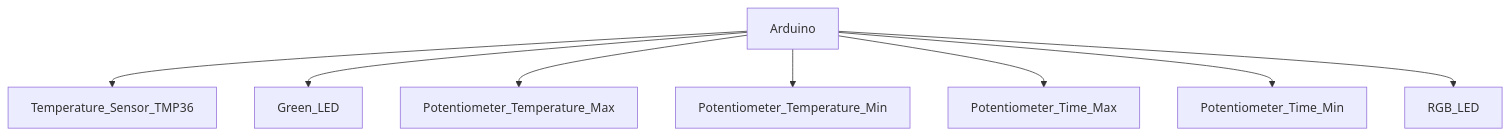
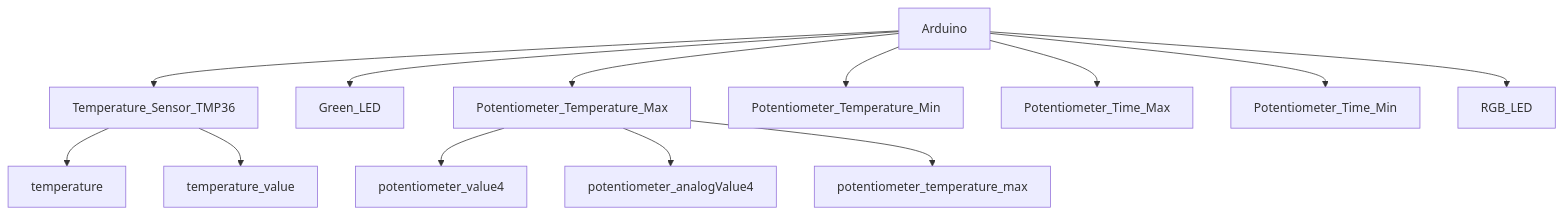
One commit to arduino-core/Outdoor-Relay-Control changed the second of 2 diagrams in README.md. Above: the diagram before and after it, drawn with Mermaid.

````diff
--- a/README.md
+++ b/README.md
@@ -277,10 +277,15 @@
 ```mermaid
 graph TD;
     Arduino-->Temperature_Sensor_TMP36;
     Arduino-->Green_LED;
     Arduino-->Potentiometer_Temperature_Max;
     Arduino-->Potentiometer_Temperature_Min;
     Arduino-->Potentiometer_Time_Max;
     Arduino-->Potentiometer_Time_Min;
     Arduino-->RGB_LED;
+    Temperature_Sensor_TMP36-->temperature;
+    Temperature_Sensor_TMP36-->temperature_value;
+    Potentiometer_Temperature_Max-->potentiometer_value4;
+    Potentiometer_Temperature_Max-->potentiometer_analogValue4;
+    Potentiometer_Temperature_Max-->potentiometer_temperature_max;
 ```
````
